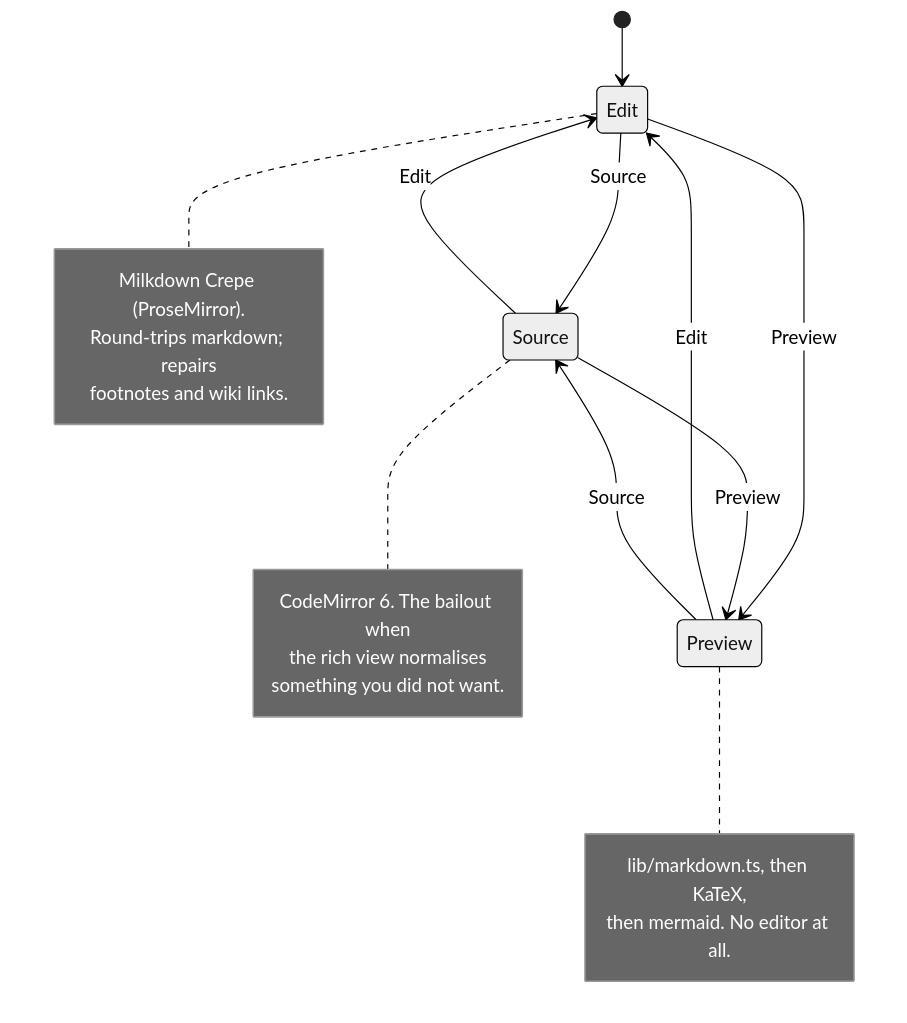
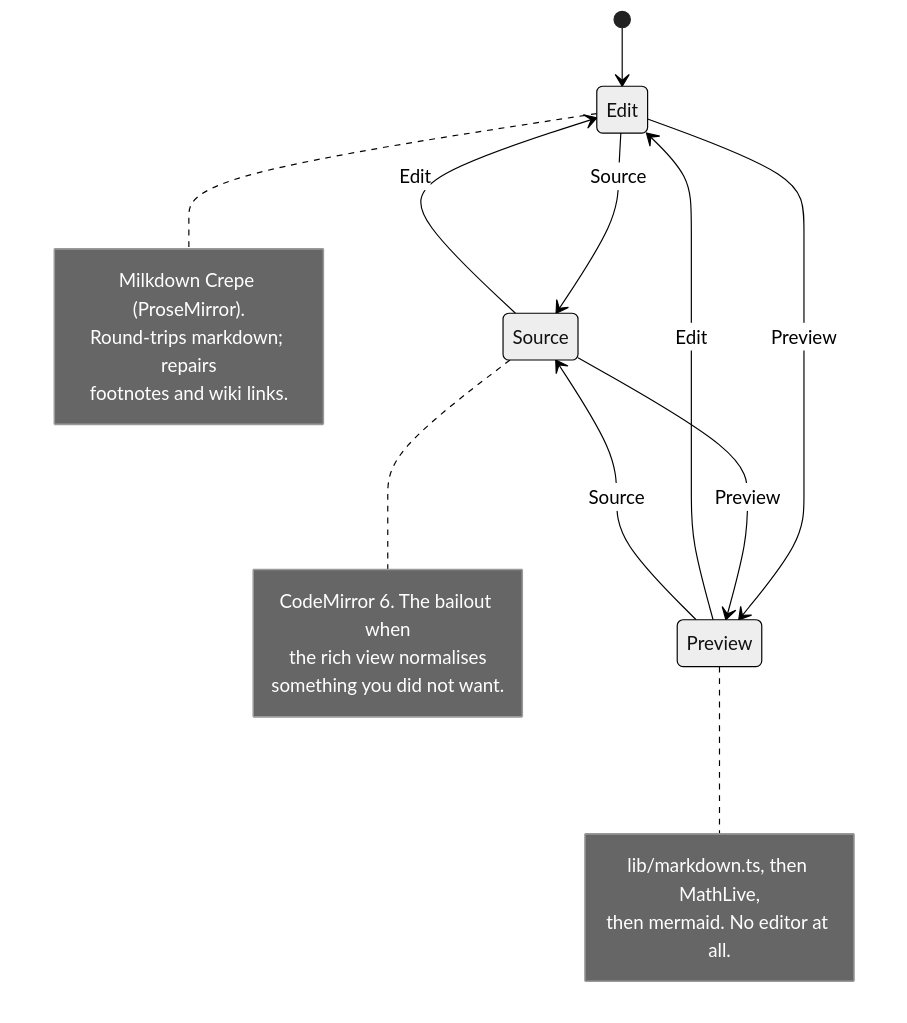
One commit to Kieran-s-Artisnal-Slop-Factory/notey changed the first of 2 diagrams in docs/dev/editor.md. Above: the diagram before and after it, drawn with Mermaid (neutral theme). The commit also changed other lines of this file and 43 other files, not shown here.

````diff
--- a/docs/dev/editor.md
+++ b/docs/dev/editor.md
@@ -27,24 +30,24 @@
 ```mermaid
 stateDiagram-v2
   [*] --> Edit
   Edit --> Source: Source
   Source --> Edit: Edit
   Edit --> Preview: Preview
   Preview --> Edit: Edit
   Source --> Preview: Preview
   Preview --> Source: Source
   note right of Edit
     Milkdown Crepe (ProseMirror).
     Round-trips markdown; repairs
     footnotes and wiki links.
   end note
   note right of Source
     CodeMirror 6. The bailout when
     the rich view normalises
     something you did not want.
   end note
   note right of Preview
-    lib/markdown.ts, then KaTeX,
+    lib/markdown.ts, then MathLive,
     then mermaid. No editor at all.
   end note
 ```
````
